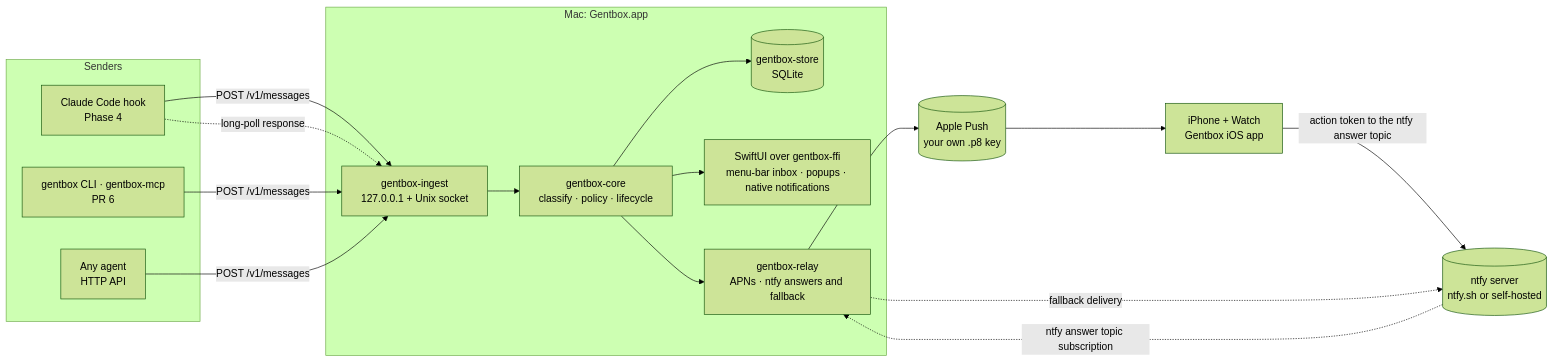
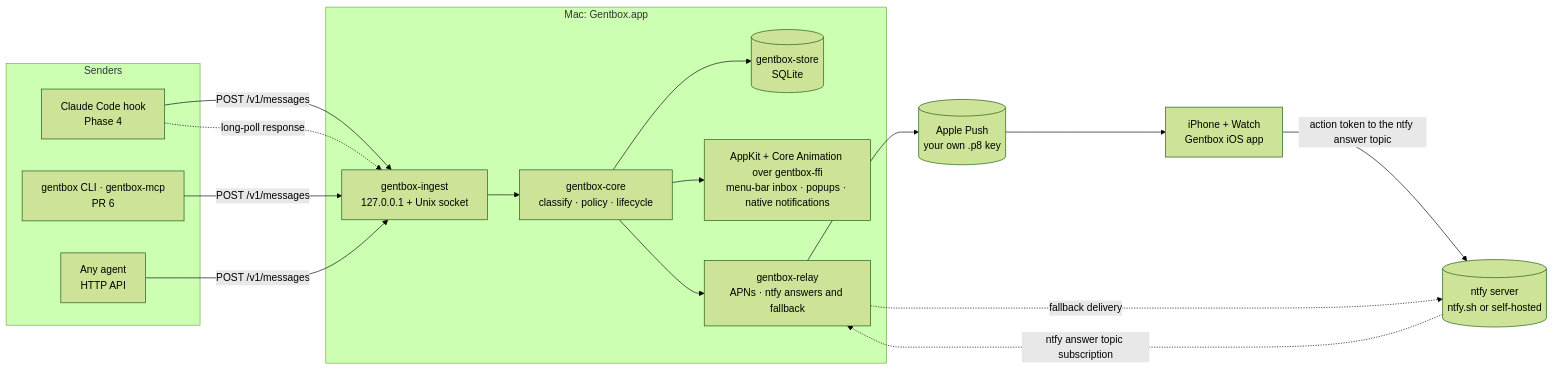
One commit to Eiluviann/gentbox changed the first of 3 diagrams in docs/architecture.md. Above: the diagram before and after it, drawn with Mermaid (forest theme). The commit also changed other lines of this file and 28 other files, not shown here.

````diff
--- a/docs/architecture.md
+++ b/docs/architecture.md
@@ -53,27 +53,27 @@
 ```mermaid
 flowchart LR
   subgraph senders[Senders]
     hook[Claude Code hook<br/>Phase 4]
     mcp[gentbox CLI · gentbox-mcp<br/>PR 6]
     other[Any agent<br/>HTTP API]
   end
   subgraph mac[Mac: Gentbox.app]
     ingest[gentbox-ingest<br/>127.0.0.1 + Unix socket]
     core[gentbox-core<br/>classify · policy · lifecycle]
     store[(gentbox-store<br/>SQLite)]
     relay[gentbox-relay<br/>APNs · ntfy answers and fallback]
-    ui[SwiftUI over gentbox-ffi<br/>menu-bar inbox · popups · native notifications]
+    ui[AppKit + Core Animation over gentbox-ffi<br/>menu-bar inbox · popups · native notifications]
   end
   apns[(Apple Push<br/>your own .p8 key)]
   ntfy[(ntfy server<br/>ntfy.sh or self-hosted)]
   phone[iPhone + Watch<br/>Gentbox iOS app]
 
   hook & mcp & other -->|POST /v1/messages| ingest
   hook -.->|long-poll response| ingest
   ingest --> core --> store
   core --> ui
   core --> relay --> apns --> phone
   relay -.->|fallback delivery| ntfy
   phone -->|action token to the ntfy answer topic| ntfy
   ntfy -.->|ntfy answer topic subscription| relay
 ```
````
